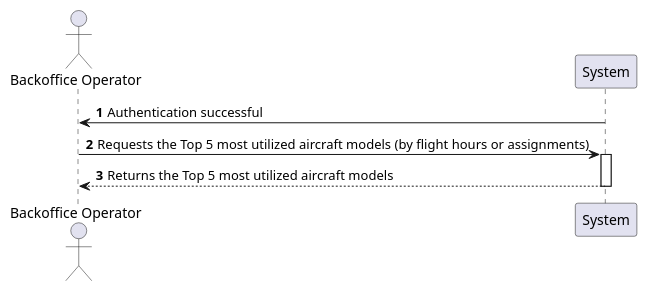
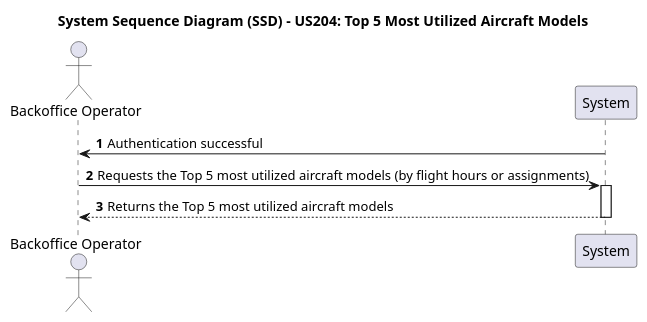
The diagram in docs/use-cases/WP#1B/US204/puml/US204-SSD.puml (Andre-1240567/psoft2026_2DB_1240567_1241013_1240624), drawn with PlantUML before and after one commit. The commit also changed 28 other files, not shown here.

```diff
--- a/docs/use-cases/WP#1B/US204/puml/US204-SSD.puml
+++ b/docs/use-cases/WP#1B/US204/puml/US204-SSD.puml
@@ -1,11 +1,13 @@
-@startuml
+@startuml US204-SSD
 autonumber
+title System Sequence Diagram (SSD) - US204: Top 5 Most Utilized Aircraft Models
+
 actor "Backoffice Operator" as BO
 
 System -> BO: Authentication successful
 BO -> System: Requests the Top 5 most utilized aircraft models (by flight hours or assignments)
 activate System
 System --> BO: Returns the Top 5 most utilized aircraft models
 deactivate System
 
 @enduml
```
